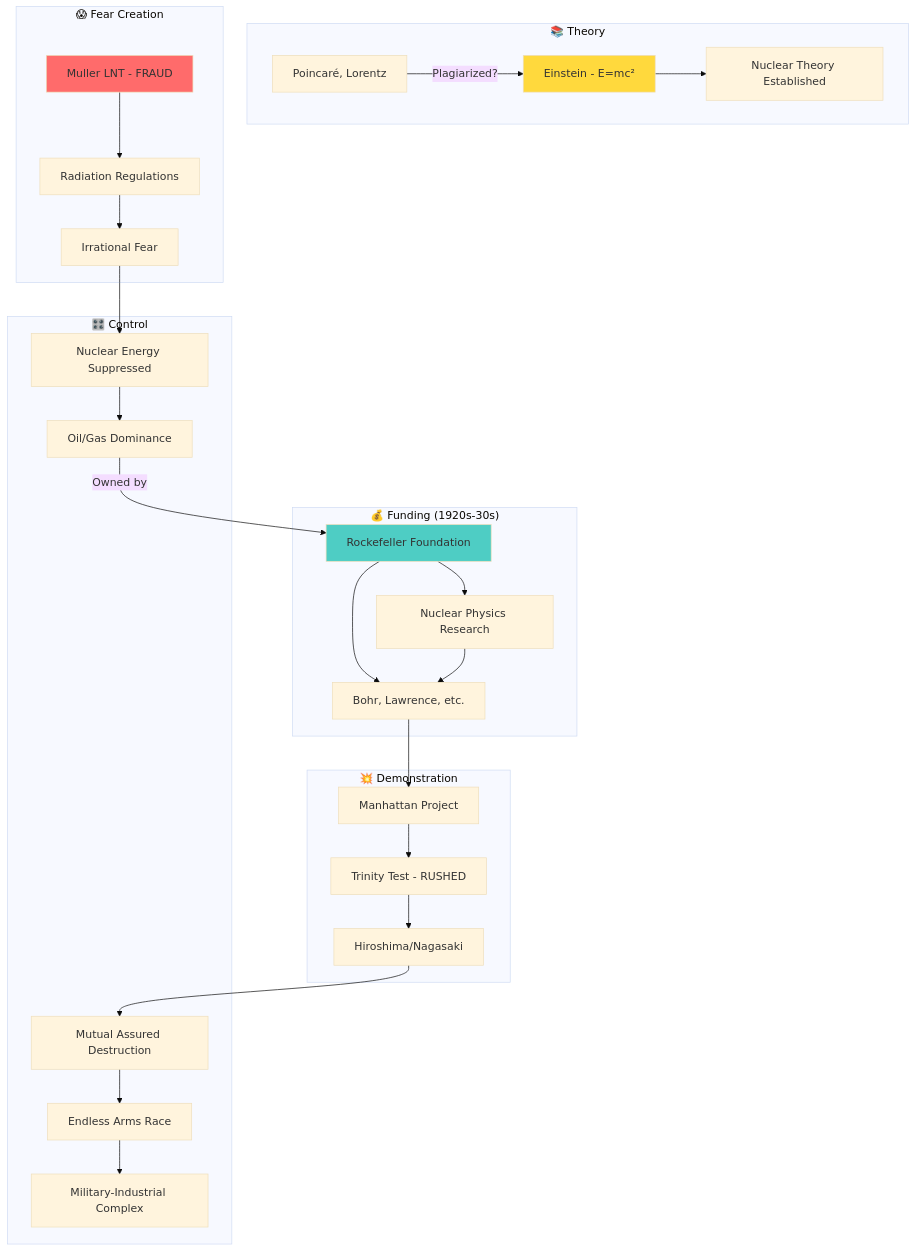
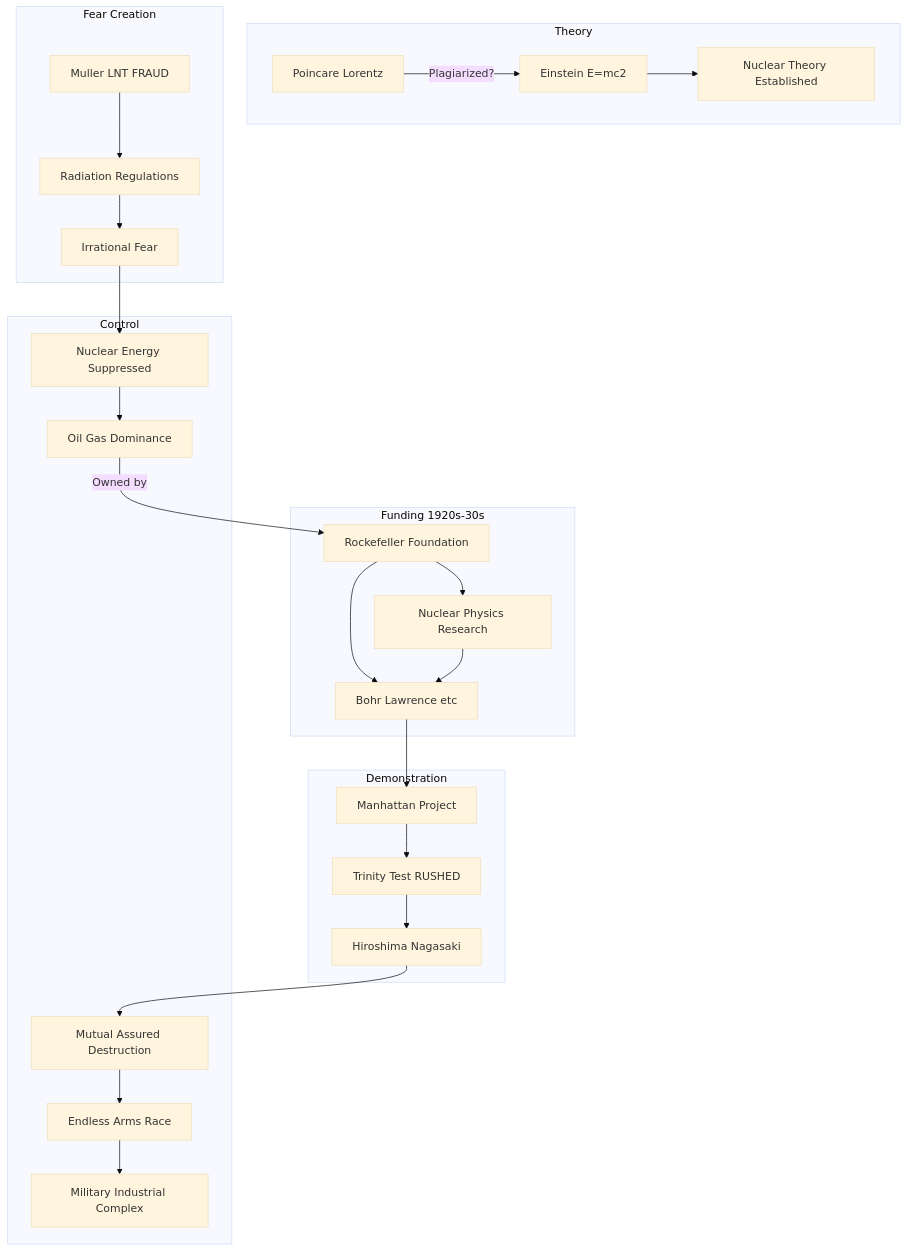
Before and after one commit to dyukahi/knowledge: the fourth of 5 diagrams in science-tech/Giải Mã Năng Lượng Hạt Nhân & Cú Lừa Phóng Xạ.md, drawn with Mermaid (base theme). The commit also changed other lines of this file, not shown here.

Commit message:
fix: remove custom colors from Mermaid diagrams

````diff
--- a/science-tech/Giải Mã Năng Lượng Hạt Nhân & Cú Lừa Phóng Xạ.md
+++ b/science-tech/Giải Mã Năng Lượng Hạt Nhân & Cú Lừa Phóng Xạ.md
@@ -367,44 +364,40 @@
 ```mermaid
 flowchart TD
-    subgraph FUNDING["💰 Funding (1920s-30s)"]
+    subgraph FUNDING["Funding 1920s-30s"]
         RF[Rockefeller Foundation]
         RF --> Physics[Nuclear Physics Research]
-        RF --> Scientists[Bohr, Lawrence, etc.]
+        RF --> Scientists[Bohr Lawrence etc]
     end
     
-    subgraph THEORY["📚 Theory"]
-        E[Einstein - E=mc²]
-        P[Poincaré, Lorentz]
+    subgraph THEORY["Theory"]
+        E[Einstein E=mc2]
+        P[Poincare Lorentz]
         P --> |Plagiarized?| E
         E --> Narrative[Nuclear Theory Established]
     end
     
-    subgraph FEAR["😱 Fear Creation"]
-        M[Muller LNT - FRAUD]
+    subgraph FEAR["Fear Creation"]
+        M[Muller LNT FRAUD]
         M --> Regs[Radiation Regulations]
         Regs --> Fear[Irrational Fear]
     end
     
-    subgraph DEMONSTRATION["💥 Demonstration"]
+    subgraph DEMONSTRATION["Demonstration"]
         MP[Manhattan Project]
-        MP --> Trinity[Trinity Test - RUSHED]
-        Trinity --> HN[Hiroshima/Nagasaki]
+        MP --> Trinity[Trinity Test RUSHED]
+        Trinity --> HN[Hiroshima Nagasaki]
     end
     
-    subgraph CONTROL["🎛️ Control"]
+    subgraph CONTROL["Control"]
         Fear --> Suppress[Nuclear Energy Suppressed]
-        Suppress --> Oil[Oil/Gas Dominance]
+        Suppress --> Oil[Oil Gas Dominance]
         Oil --> |Owned by| RF
         
         HN --> MAD[Mutual Assured Destruction]
         MAD --> Arms[Endless Arms Race]
-        Arms --> MIC[Military-Industrial Complex]
+        Arms --> MIC[Military Industrial Complex]
     end
     
     Physics --> Scientists
     Scientists --> MP
-    
-    style M fill:#ff6b6b
-    style E fill:#ffd93d
-    style RF fill:#4ecdc4
 ```
````
